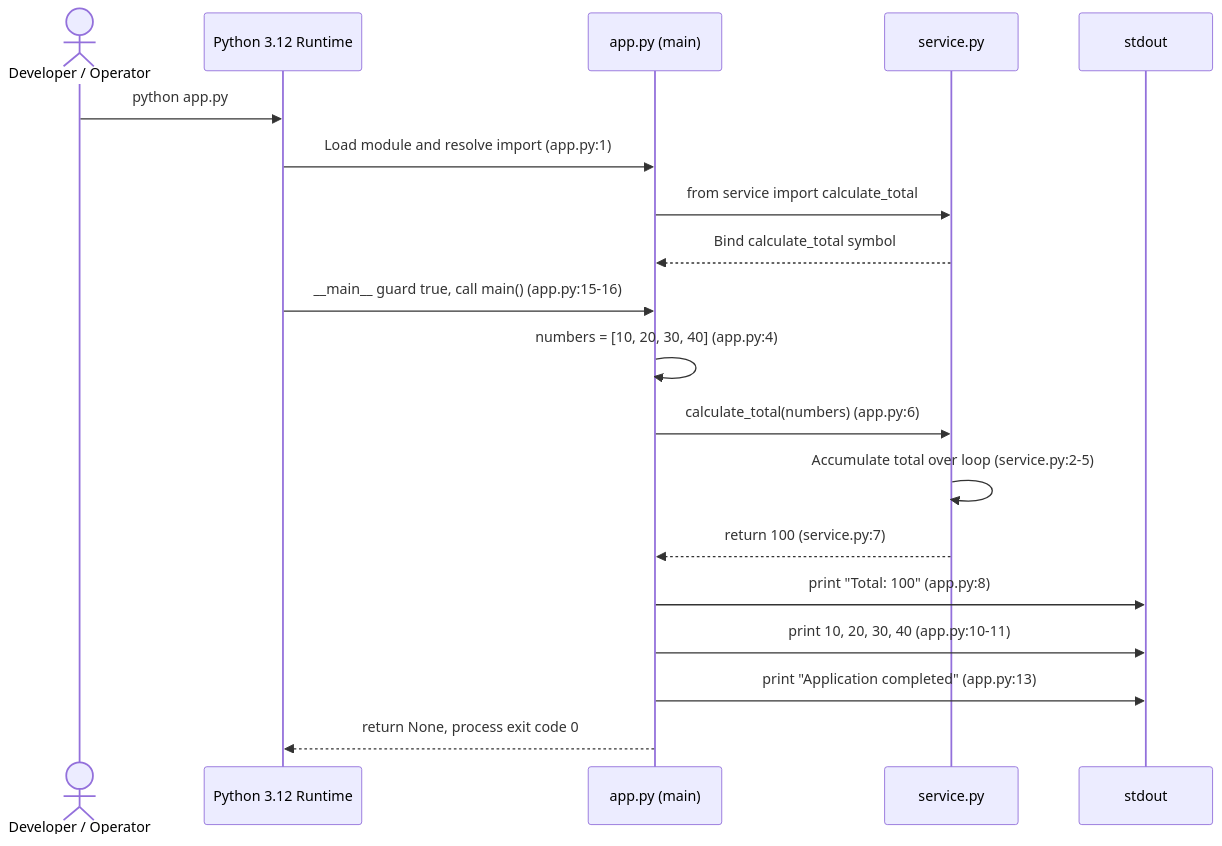
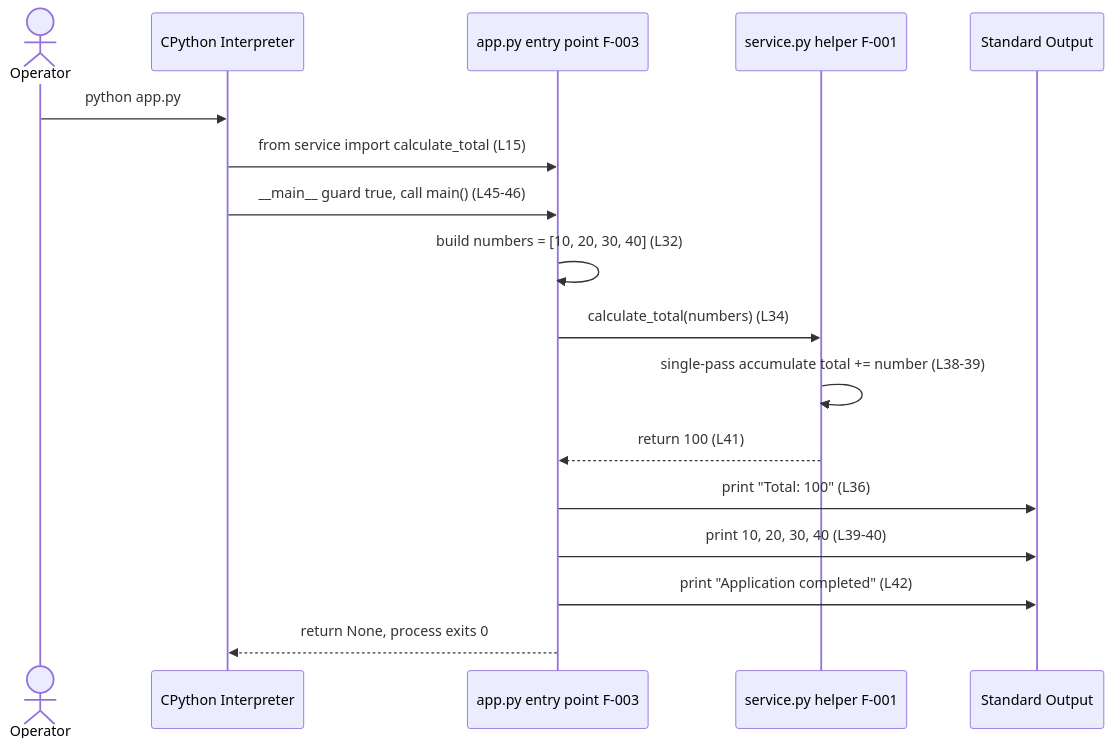
One commit to lakshya-blitzy/600K_ParentRepo changed the eighth of 43 diagrams in blitzy/documentation/Technical Specifications.md. Above: the diagram before and after it, drawn with Mermaid. The commit also changed other lines of this file, not shown here.

````diff
--- a/blitzy/documentation/Technical Specifications.md
+++ b/blitzy/documentation/Technical Specifications.md
@@ -1047,21 +1027,19 @@
 ```mermaid
 sequenceDiagram
-    actor Dev as Developer / Operator
-    participant PY as Python 3.12 Runtime
-    participant App as app.py (main)
-    participant Svc as service.py
-    participant Out as stdout
-    Dev->>PY: python app.py
-    PY->>App: Load module and resolve import (app.py:1)
-    App->>Svc: from service import calculate_total
-    Svc-->>App: Bind calculate_total symbol
-    PY->>App: __main__ guard true, call main() (app.py:15-16)
-    App->>App: numbers = [10, 20, 30, 40] (app.py:4)
-    App->>Svc: calculate_total(numbers) (app.py:6)
-    Svc->>Svc: Accumulate total over loop (service.py:2-5)
-    Svc-->>App: return 100 (service.py:7)
-    App->>Out: print "Total: 100" (app.py:8)
-    App->>Out: print 10, 20, 30, 40 (app.py:10-11)
-    App->>Out: print "Application completed" (app.py:13)
-    App-->>PY: return None, process exit code 0
+    actor Operator
+    participant Runtime as CPython Interpreter
+    participant App as app.py entry point F-003
+    participant Svc as service.py helper F-001
+    participant Out as Standard Output
+    Operator->>Runtime: python app.py
+    Runtime->>App: from service import calculate_total (L15)
+    Runtime->>App: __main__ guard true, call main() (L45-46)
+    App->>App: build numbers = [10, 20, 30, 40] (L32)
+    App->>Svc: calculate_total(numbers) (L34)
+    Svc->>Svc: single-pass accumulate total += number (L38-39)
+    Svc-->>App: return 100 (L41)
+    App->>Out: print "Total: 100" (L36)
+    App->>Out: print 10, 20, 30, 40 (L39-40)
+    App->>Out: print "Application completed" (L42)
+    App-->>Runtime: return None, process exits 0
 ```
````
